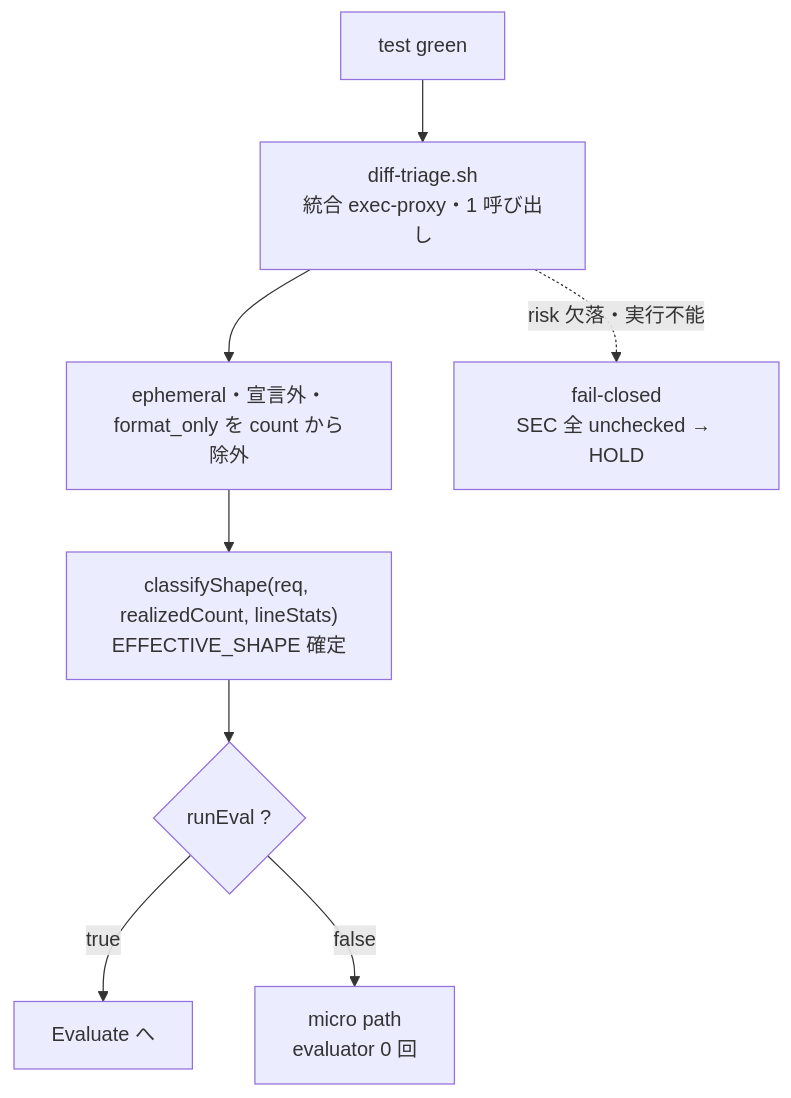
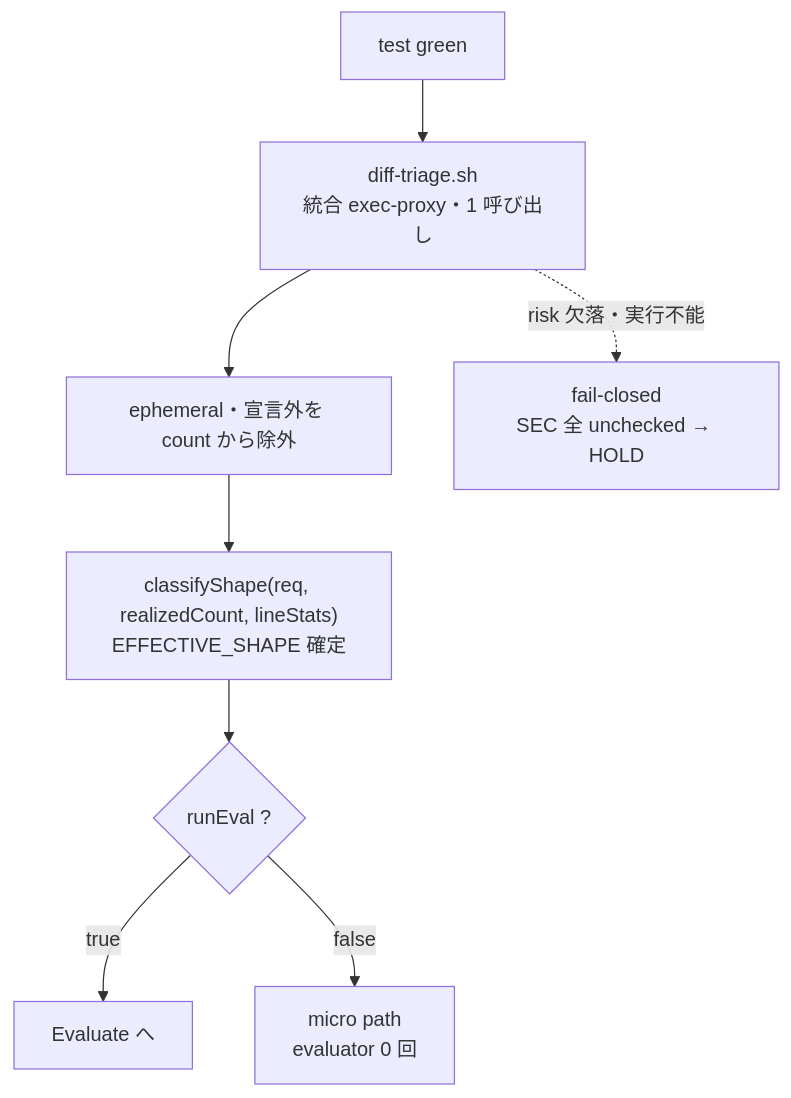
Before and after one commit to it-all-playpark/claude-plugins: the sixth of 13 diagrams in docs/dev-flow-atlas.md, drawn with Mermaid. The commit also changed other lines of this file and 44 other files, not shown here.

First line of the commit message:
refactor(dev-flow): 55 run で一度も効いていない difftastic の構造変化 / フォーマットだけの分類（structural-classify）を Diff triage から撤去する (#1258)

````diff
--- a/docs/dev-flow-atlas.md
+++ b/docs/dev-flow-atlas.md
@@ -167,11 +167,11 @@
 ```mermaid
 flowchart TD
     IN["test green"] --> C1["diff-triage.sh<br/>統合 exec-proxy・1 呼び出し"]
-    C1 --> C2["ephemeral・宣言外・format_only を count から除外"]
+    C1 --> C2["ephemeral・宣言外を count から除外"]
     C2 --> C3["classifyShape(req, realizedCount, lineStats)<br/>EFFECTIVE_SHAPE 確定"]
     C3 --> C5{"runEval ?"}
     C5 -->|true| OUT["Evaluate へ"]
     C5 -->|false| SKIP["micro path<br/>evaluator 0 回"]
 
     C1 -.->|"risk 欠落・実行不能"| FC["fail-closed<br/>SEC 全 unchecked → HOLD"]
 ```
````
